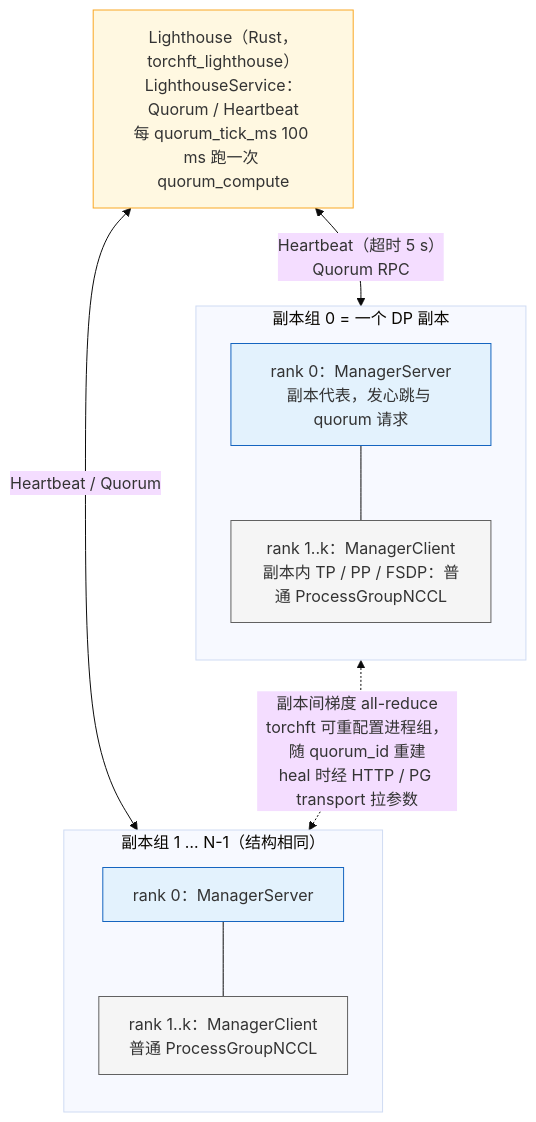
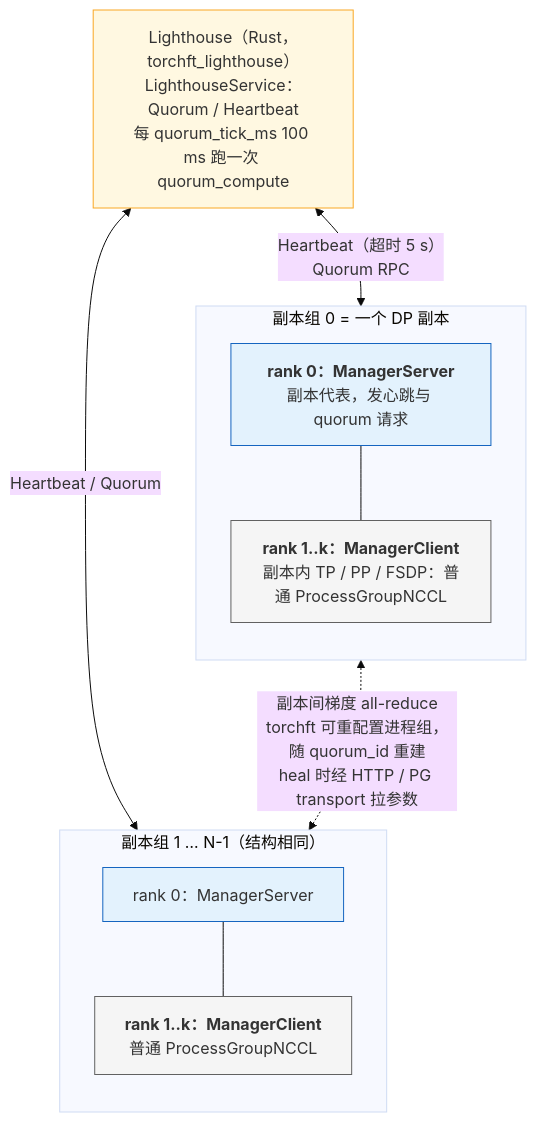
Before and after one commit to arganzheng/arganzheng.github.com: the third of 5 diagrams in _posts/2026-07-25-fault-tolerance-and-elastic-training.md, drawn with Mermaid (base theme). The commit also changed other lines of this file and 8 other files, not shown here.

First line of the commit message:
大规模训练工程：从并行策略到容错恢复：Mermaid 多行方框的首行标为标题（9 篇）

````diff
--- a/_posts/2026-07-25-fault-tolerance-and-elastic-training.md
+++ b/_posts/2026-07-25-fault-tolerance-and-elastic-training.md
@@ -449,26 +449,26 @@
 ```mermaid
 %% 图：torchft 的三层角色：Lighthouse 算 quorum，每个副本组的 rank 0 是 ManagerServer，副本内部仍是普通 NCCL 进程组
 flowchart TB
     LH["Lighthouse（Rust，torchft_lighthouse）<br/>LighthouseService：Quorum / Heartbeat<br/>每 quorum_tick_ms 100 ms 跑一次 quorum_compute"]
     subgraph rg0["副本组 0 = 一个 DP 副本"]
         direction TB
-        M0["rank 0：ManagerServer<br/>副本代表，发心跳与 quorum 请求"]
-        W0["rank 1..k：ManagerClient<br/>副本内 TP / PP / FSDP：普通 ProcessGroupNCCL"]
+        M0["<b>rank 0：ManagerServer</b><br/>副本代表，发心跳与 quorum 请求"]
+        W0["<b>rank 1..k：ManagerClient</b><br/>副本内 TP / PP / FSDP：普通 ProcessGroupNCCL"]
         M0 --- W0
     end
     subgraph rg1["副本组 1 … N-1（结构相同）"]
         direction TB
         M1["rank 0：ManagerServer"]
-        W1["rank 1..k：ManagerClient<br/>普通 ProcessGroupNCCL"]
+        W1["<b>rank 1..k：ManagerClient</b><br/>普通 ProcessGroupNCCL"]
         M1 --- W1
     end
     LH <-->|"Heartbeat（超时 5 s）<br/>Quorum RPC"| M0
     LH <-->|"Heartbeat / Quorum"| M1
     rg0 <-.->|"副本间梯度 all-reduce<br/>torchft 可重配置进程组，随 quorum_id 重建<br/>heal 时经 HTTP / PG transport 拉参数"| rg1
     classDef svc fill:#fff8e1,stroke:#f9a825;
     classDef mgr fill:#e3f2fd,stroke:#1565c0;
     classDef wk fill:#f5f5f5,stroke:#616161;
     class LH svc;
     class M0,M1 mgr;
     class W0,W1 wk;
 ```
````
